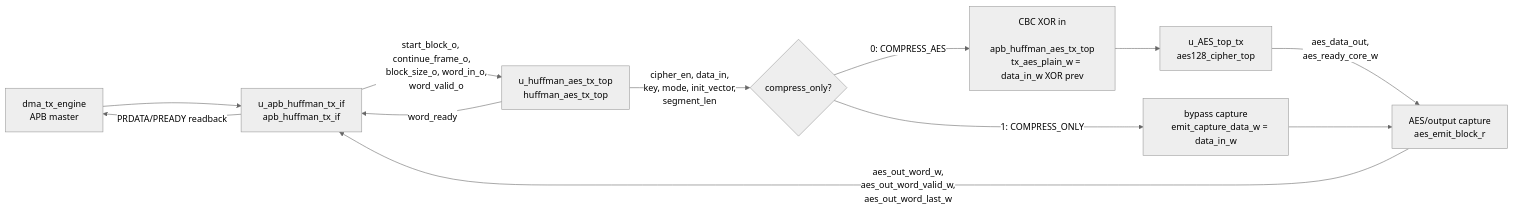
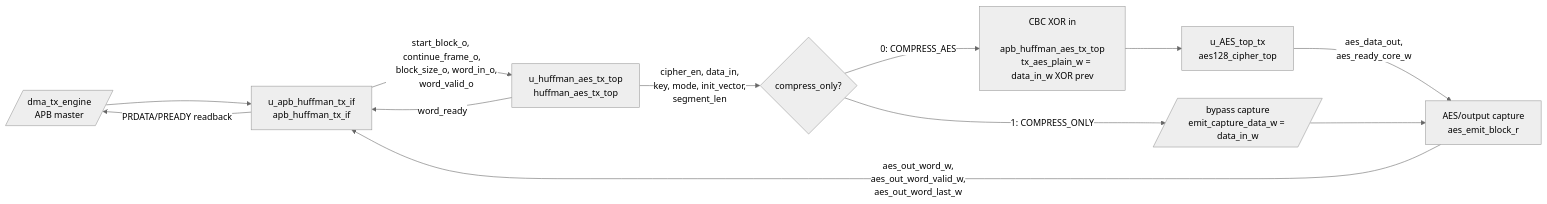
One commit to ngoquocan139/AES_huffman_all6 changed the second of 4 diagrams in docs/tx_path_end_to_end_spec.md. Above: the diagram before and after it, drawn with Mermaid (neutral theme). The commit also changed other lines of this file and 28 other files, not shown here.

````diff
--- a/docs/tx_path_end_to_end_spec.md
+++ b/docs/tx_path_end_to_end_spec.md
@@ -164,35 +164,33 @@
 ```mermaid
 flowchart LR
-    DMA["dma_tx_engine
-    APB master"] --> APBIF["u_apb_huffman_tx_if
+    DMA[/"dma_tx_engine<br/>APB master"/] --> APBIF["u_apb_huffman_tx_if
     apb_huffman_tx_if"]
 
     APBIF -->|"start_block_o, continue_frame_o,
     block_size_o, word_in_o,
     word_valid_o"| TXCORE["u_huffman_aes_tx_top
     huffman_aes_tx_top"]
 
     TXCORE -->|"word_ready"| APBIF
 
     TXCORE -->|"cipher_en, data_in,
     key, mode, init_vector,
     segment_len"| POLICY{"compress_only?"}
 
     POLICY -->|"0: COMPRESS_AES"| CBC["CBC XOR in
     apb_huffman_aes_tx_top
     tx_aes_plain_w = data_in_w XOR prev"]
     CBC --> AES["u_AES_top_tx
     aes128_cipher_top"]
     AES -->|"aes_data_out,
     aes_ready_core_w"| EMIT["AES/output capture
     aes_emit_block_r"]
 
-    POLICY -->|"1: COMPRESS_ONLY"| BYPASS["bypass capture
-    emit_capture_data_w = data_in_w"]
+    POLICY -->|"1: COMPRESS_ONLY"| BYPASS[/"bypass capture<br/>emit_capture_data_w = data_in_w"/]
     BYPASS --> EMIT
 
     EMIT -->|"aes_out_word_w,
     aes_out_word_valid_w,
     aes_out_word_last_w"| APBIF
     APBIF -->|"PRDATA/PREADY readback"| DMA
 ```
````
